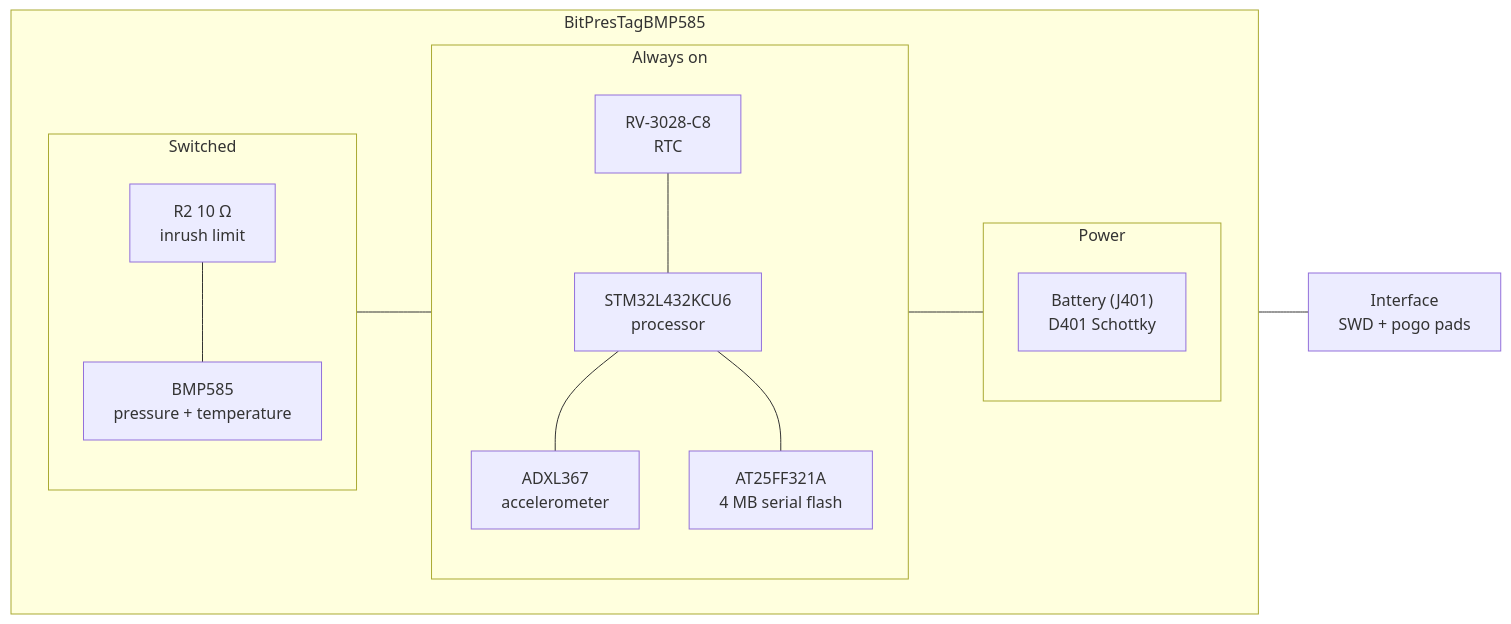
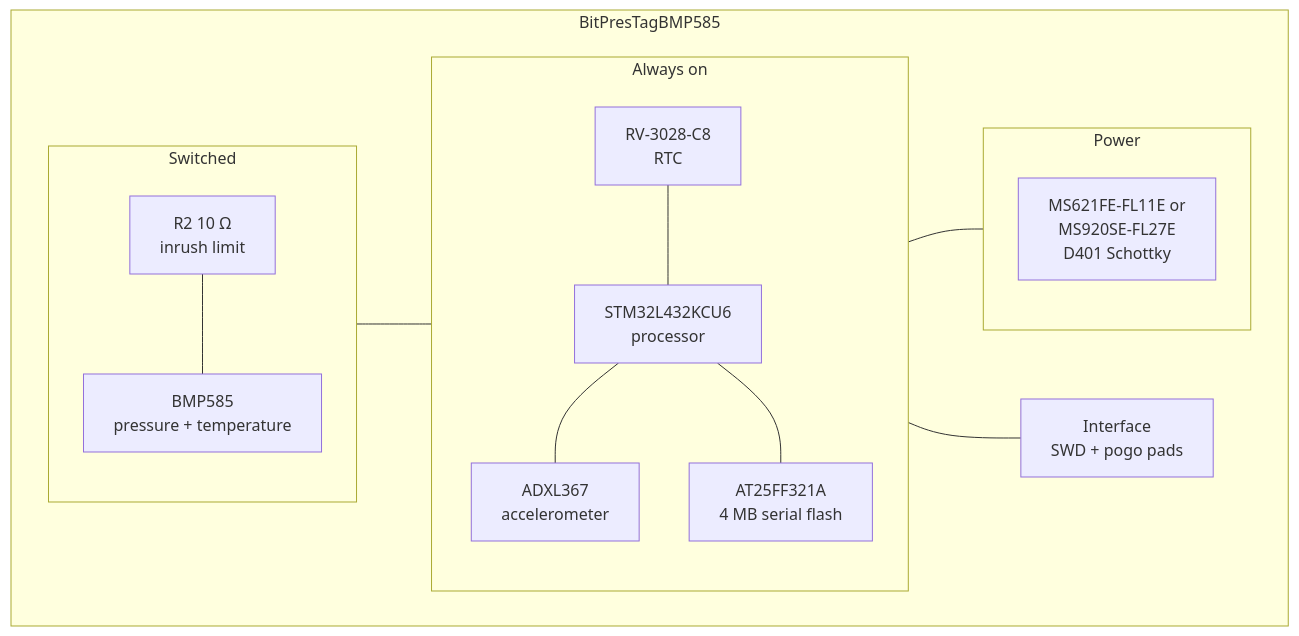
The diagram in docs/src/tags/uiuctag.md (tag-designs/hardware), drawn with Mermaid before and after one commit. The commit also changed other lines of this file and 7 other files, not shown here.

First line of the commit message:
docs: name the cells, fix two diagrams, indent the side index

````diff
--- a/docs/src/tags/uiuctag.md
+++ b/docs/src/tags/uiuctag.md
@@ -10,27 +10,28 @@
 ```mermaid
 flowchart LR
   subgraph TAG[BitPresTagBMP585]
     direction LR
     subgraph SW[Switched]
       PRS["BMP585<br/>pressure + temperature"]
       RES["R2 10 Ω<br/>inrush limit"]
       RES --- PRS
     end
     subgraph ON[Always on]
       direction TB
       RTC["RV-3028-C8<br/>RTC"]
       MCU["STM32L432KCU6<br/>processor"]
       ACC["ADXL367<br/>accelerometer"]
       FLASH["AT25FF321A<br/>4 MB serial flash"]
       RTC --- MCU
       MCU --- ACC
       MCU --- FLASH
     end
     subgraph PWR[Power]
-      BAT["Battery (J401)<br/>D401 Schottky"]
+      BAT["MS621FE-FL11E or<br/>MS920SE-FL27E<br/>D401 Schottky"]
     end
+    IF["Interface<br/>SWD + pogo pads"]
     SW --- ON
   end
   ON --- PWR
-  ON --- IF["Interface<br/>SWD + pogo pads"]
+  ON --- IF
 ```
````
